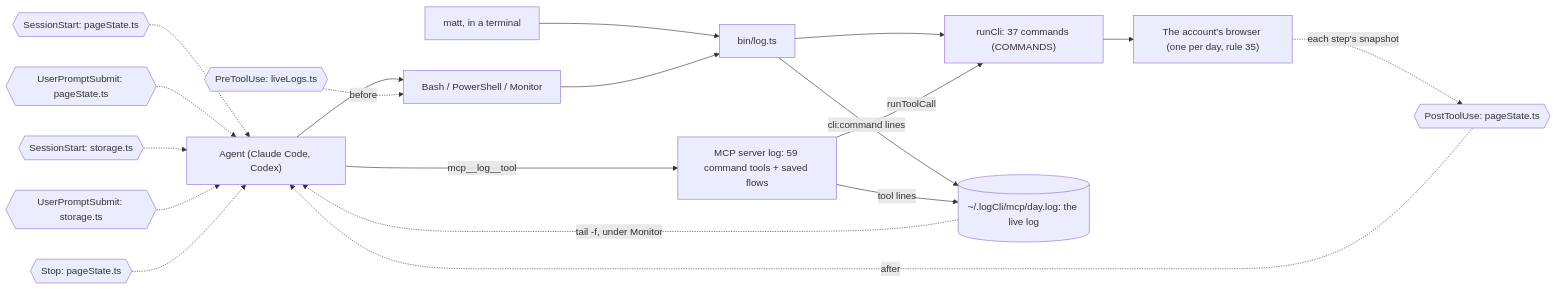
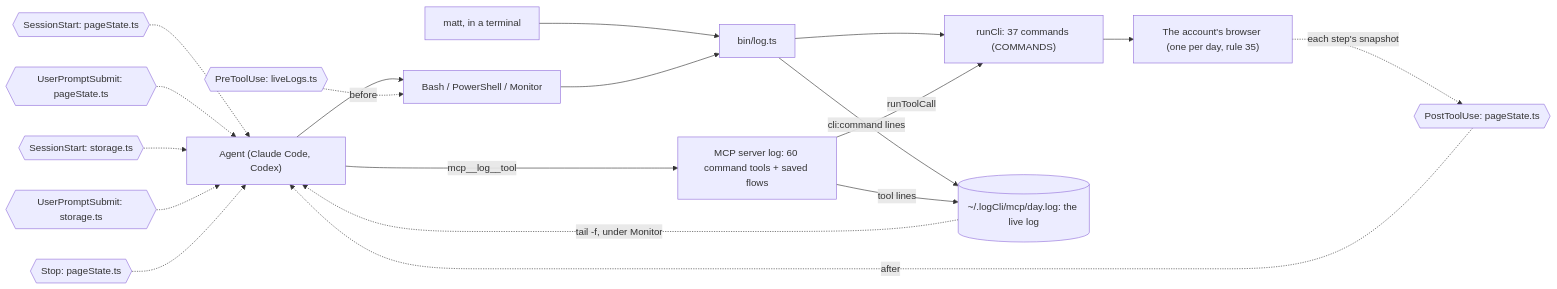
One commit to matthewdonsemail-lab/log changed the diagram in docs/diagrams/surface.mmd. Above: the diagram before and after it, drawn with Mermaid. The commit also changed 29 other files, not shown here.

```diff
--- a/docs/diagrams/surface.mmd
+++ b/docs/diagrams/surface.mmd
@@ -1,29 +1,29 @@
 %% How a call reaches log-cli. From a shell or over MCP, both run the same commands through `runCli`, write the same live log, and pass through the same hooks.
 %% Written by `bun run docs:build` from the code (rule 56). Not edited by hand.
 flowchart LR
   agent["Agent (Claude Code, Codex)"]
   matt["matt, in a terminal"]
   shell["Bash / PowerShell / Monitor"]
-  mcp["MCP server log: 59 command tools + saved flows"]
+  mcp["MCP server log: 60 command tools + saved flows"]
   bin["bin/log.ts"]
   runCli["runCli: 37 commands (COMMANDS)"]
   live[("~/.logCli/mcp/day.log: the live log")]
   browser["The account's browser (one per day, rule 35)"]
   agent --> shell
   matt --> bin
   shell --> bin
   agent -->|mcp__log__tool| mcp
   bin --> runCli
   mcp -->|runToolCall| runCli
   runCli --> browser
   bin -->|cli:command lines| live
   mcp -->|tool lines| live
   live -.->|tail -f, under Monitor| agent
   pre0{{"PreToolUse: liveLogs.ts"}} -.->|before| shell
   post0{{"PostToolUse: pageState.ts"}} -.->|after| agent
   turn0{{"SessionStart: pageState.ts"}} -.-> agent
   turn1{{"UserPromptSubmit: pageState.ts"}} -.-> agent
   turn2{{"SessionStart: storage.ts"}} -.-> agent
   turn3{{"UserPromptSubmit: storage.ts"}} -.-> agent
   turn4{{"Stop: pageState.ts"}} -.-> agent
   browser -.->|each step's snapshot| post0
```
